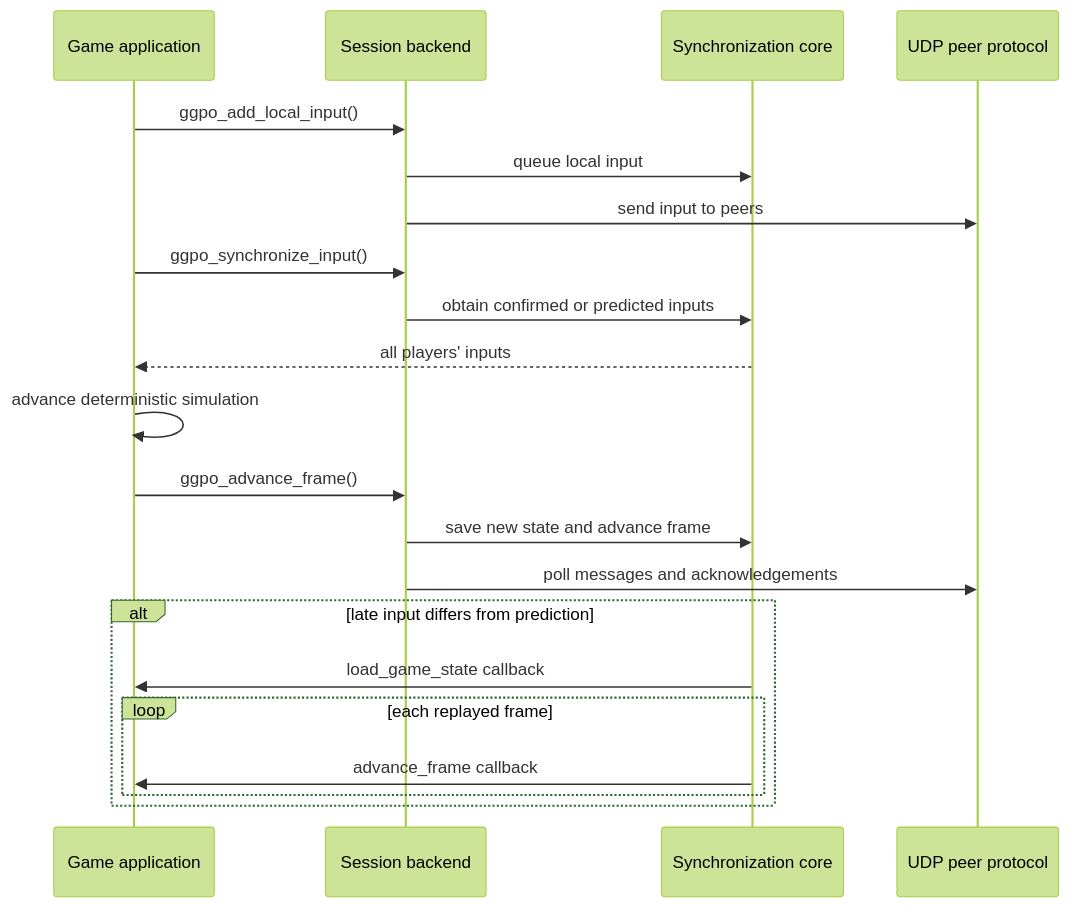
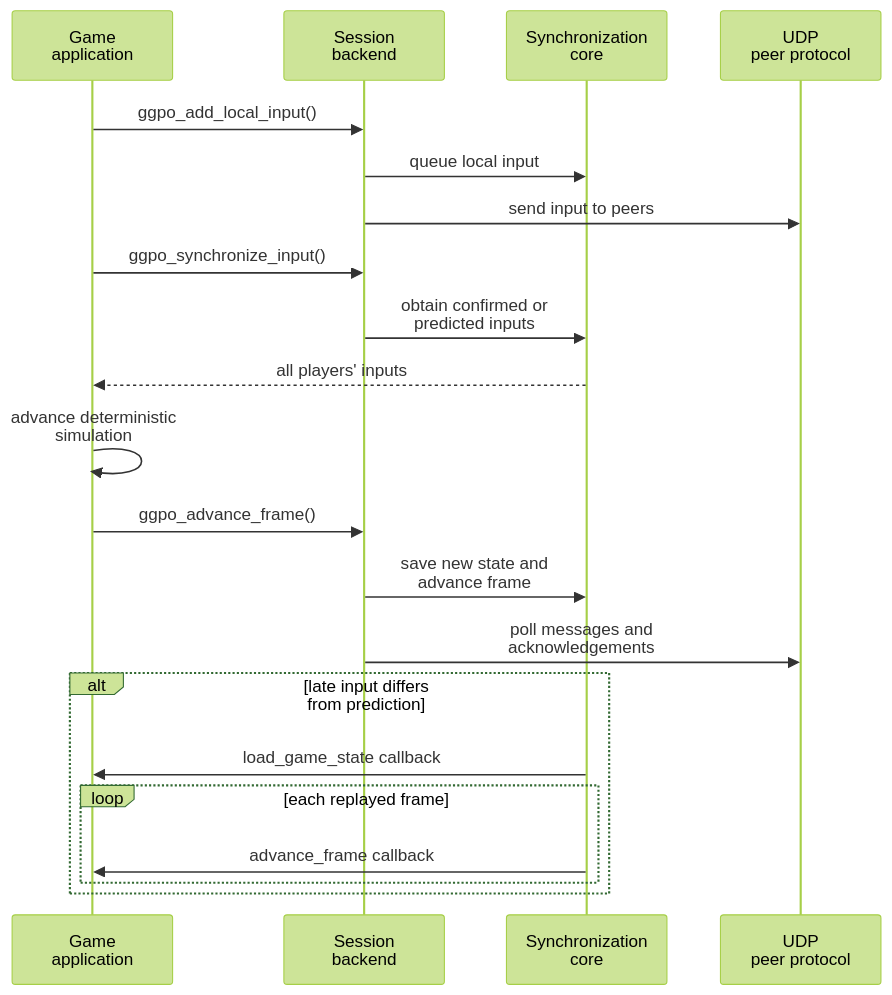
One commit to irregularthanis/ggpo-next changed the second of 2 diagrams in doc/architecture/Overview.md. Above: the diagram before and after it, drawn with Mermaid (forest theme). The commit also changed other lines of this file and 9 other files, not shown here.

Commit message:
docs: wrap Mermaid diagram labels

````diff
--- a/doc/architecture/Overview.md
+++ b/doc/architecture/Overview.md
@@ -85,24 +85,24 @@
 ```mermaid
 sequenceDiagram
-    participant App as Game application
-    participant GGPO as Session backend
-    participant Sync as Synchronization core
-    participant Net as UDP peer protocol
+    participant App as Game<br/>application
+    participant GGPO as Session<br/>backend
+    participant Sync as Synchronization<br/>core
+    participant Net as UDP<br/>peer protocol
 
     App->>GGPO: ggpo_add_local_input()
     GGPO->>Sync: queue local input
     GGPO->>Net: send input to peers
     App->>GGPO: ggpo_synchronize_input()
-    GGPO->>Sync: obtain confirmed or predicted inputs
+    GGPO->>Sync: obtain confirmed or<br/>predicted inputs
     Sync-->>App: all players' inputs
-    App->>App: advance deterministic simulation
+    App->>App: advance deterministic<br/>simulation
     App->>GGPO: ggpo_advance_frame()
-    GGPO->>Sync: save new state and advance frame
-    GGPO->>Net: poll messages and acknowledgements
-    alt late input differs from prediction
+    GGPO->>Sync: save new state and<br/>advance frame
+    GGPO->>Net: poll messages and<br/>acknowledgements
+    alt late input differs<br/>from prediction
         Sync->>App: load_game_state callback
         loop each replayed frame
             Sync->>App: advance_frame callback
         end
     end
 ```
````
